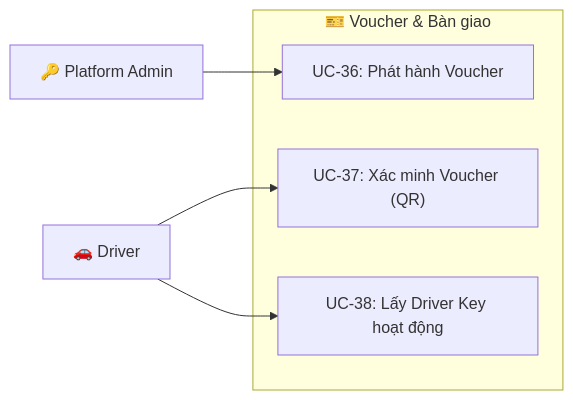
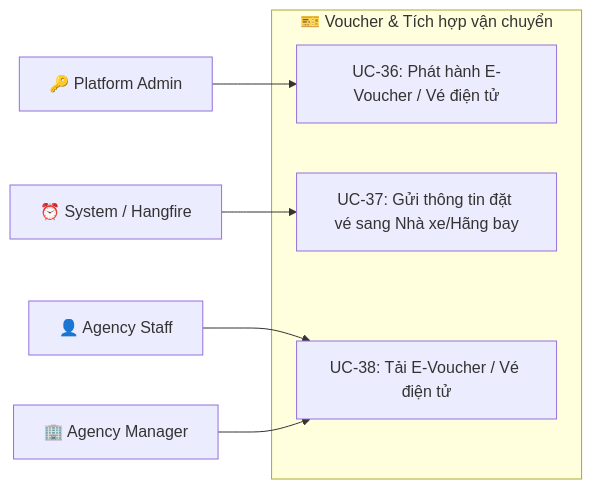
The tenth of 13 diagrams in docs/use_case_diagram.md (thanh-16/B2B_Tour), drawn with Mermaid before and after one commit. The commit also changed other lines of this file and 1 other file, not shown here.

Commit message:
update: loai bo driver va tich hop doi tac van chuyen ben ngoai

````diff
--- a/docs/use_case_diagram.md
+++ b/docs/use_case_diagram.md
@@ -252,12 +248,13 @@
 ```mermaid
 graph LR
-    subgraph UC_Voucher["🎫 Voucher & Bàn giao"]
-        UC36["UC-36: Phát hành Voucher"]
-        UC37["UC-37: Xác minh Voucher (QR)"]
-        UC38["UC-38: Lấy Driver Key hoạt động"]
+    subgraph UC_Voucher["🎫 Voucher & Tích hợp vận chuyển"]
+        UC36["UC-36: Phát hành E-Voucher / Vé điện tử"]
+        UC37["UC-37: Gửi thông tin đặt vé sang Nhà xe/Hãng bay"]
+        UC38["UC-38: Tải E-Voucher / Vé điện tử"]
     end
 
     PA["🔑 Platform Admin"] --> UC36
-    DS["🚗 Driver"] --> UC37
-    DS --> UC38
+    SYS["⏰ System / Hangfire"] --> UC37
+    AS["👤 Agency Staff"] --> UC38
+    AM["🏢 Agency Manager"] --> UC38
 ```
````
